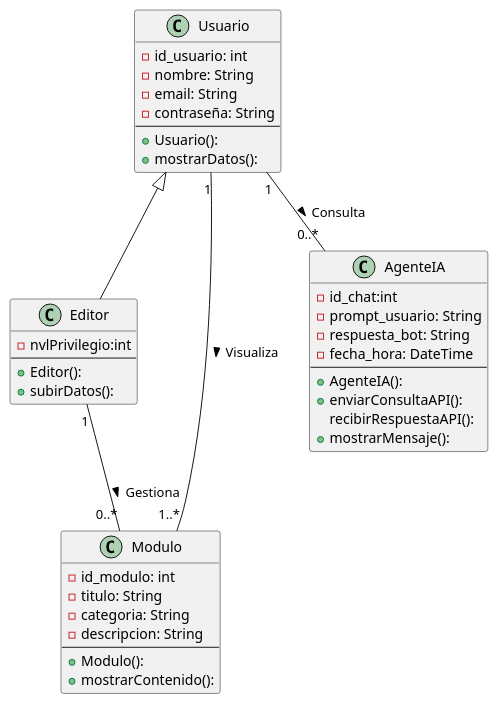
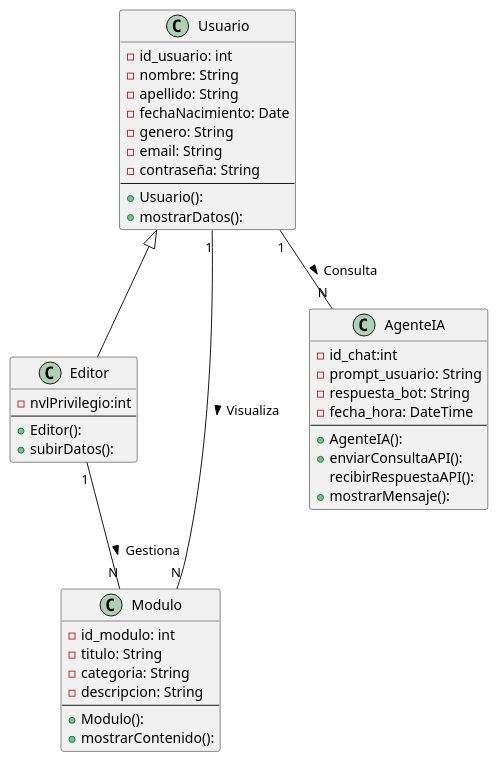
Before and after one commit to ashertrejo22/ProyectoFinalAMS: the diagram in src/UML/DC.puml, drawn with PlantUML. The commit also changed 7 other files, not shown here.

Commit message:
Agregando Diagramas E-R y actualizaciones para la Entrega 2

```diff
--- a/src/UML/DC.puml
+++ b/src/UML/DC.puml
@@ -1,45 +1,48 @@
 @startuml
     class Usuario{
         -id_usuario: int
         -nombre: String
+        -apellido: String
+        -fechaNacimiento: Date
+        -genero: String
         -email: String
         -contraseña: String
         --
         +Usuario():
         +mostrarDatos():
     }
 
     class Editor{
         -nvlPrivilegio:int
         --
         +Editor():
         +subirDatos():
     }
 
     class Modulo{
         -id_modulo: int
         -titulo: String
         -categoria: String
         -descripcion: String
         --
         +Modulo():
         +mostrarContenido():
     }
 
     class AgenteIA{
         -id_chat:int
         -prompt_usuario: String
         -respuesta_bot: String
         -fecha_hora: DateTime
         --
         +AgenteIA():
         +enviarConsultaAPI():
         recibirRespuestaAPI():
         +mostrarMensaje():
     }
 
     Usuario <|-- Editor
-    Usuario "1" -- "0..*" AgenteIA : " Consulta >"
-    Usuario "1" -- "1..*" Modulo : " Visualiza >"
-    Editor "1" -- "0..*" Modulo : " Gestiona >"
+    Usuario "1" -- "N" AgenteIA : " Consulta >"
+    Usuario "1" -- "N" Modulo : " Visualiza >"
+    Editor "1" -- "N" Modulo : " Gestiona >"
 @enduml
```
